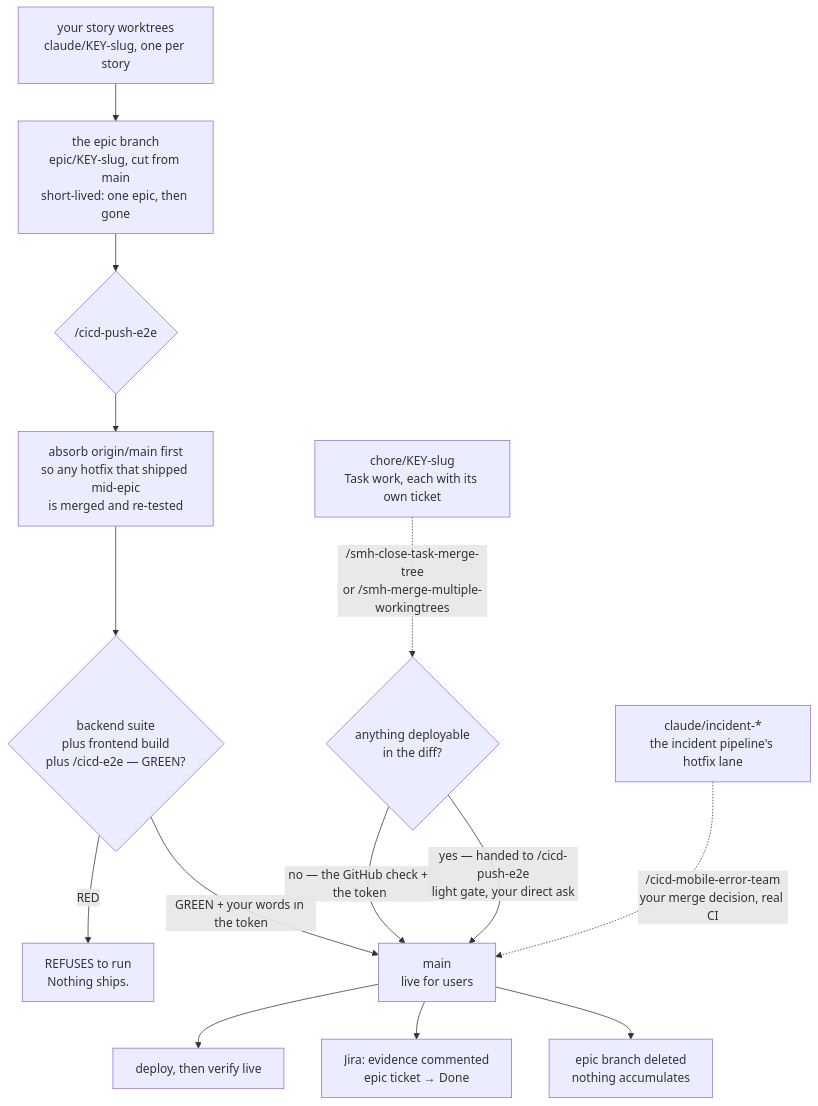
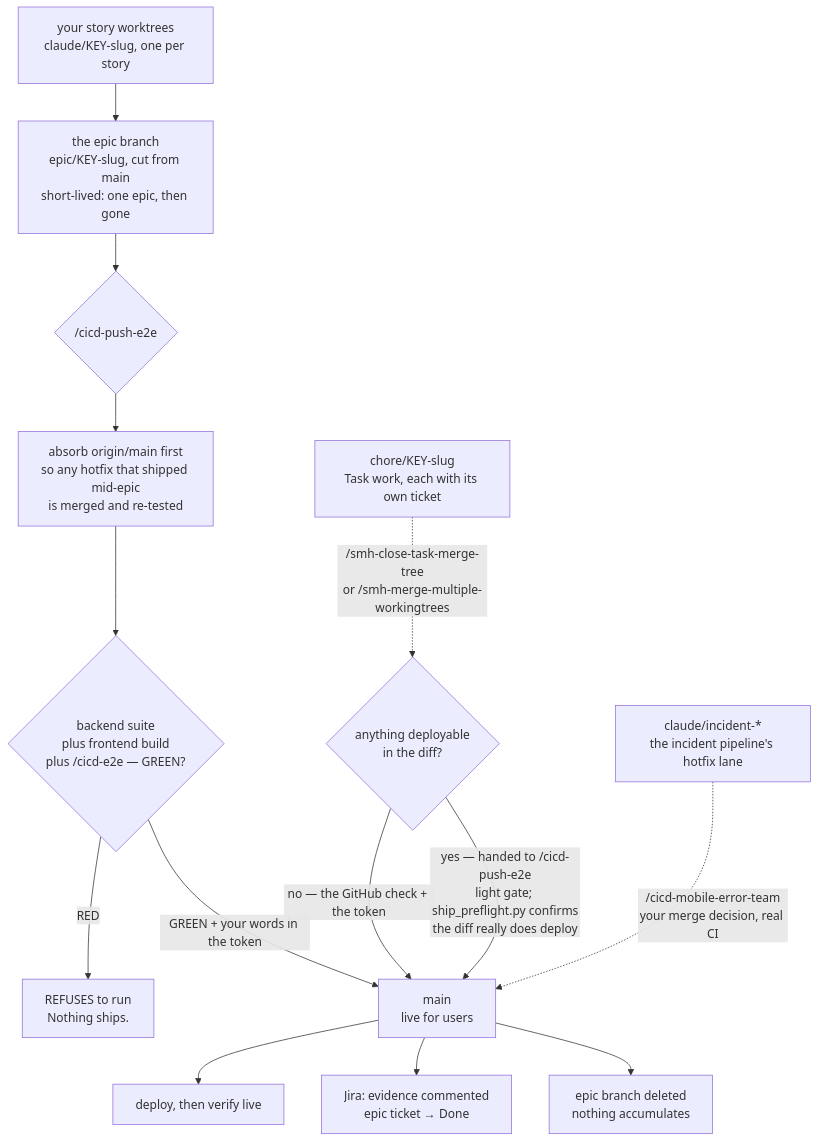
One commit to sudomadhatter/Sudo_Hatter_Command changed the sixth of 45 diagrams in docs/_scc_sops_prds/workflows_testing_SOP.md. Above: the diagram before and after it, drawn with Mermaid. The commit also changed other lines of this file and 9 other files, not shown here.

````diff
--- a/docs/_scc_sops_prds/workflows_testing_SOP.md
+++ b/docs/_scc_sops_prds/workflows_testing_SOP.md
@@ -1268,16 +1289,16 @@
 ```mermaid
 flowchart TD
     DEV["your story worktrees\nclaude/KEY-slug, one per story"] --> EPIC["the epic branch\nepic/KEY-slug, cut from main\nshort-lived: one epic, then gone"]
     EPIC --> SHIP{"/cicd-push-e2e"}
     SHIP --> SYNC["absorb origin/main first\nso any hotfix that shipped mid-epic\nis merged and re-tested"]
     SYNC --> GATE{"backend suite\nplus frontend build\nplus /cicd-e2e — GREEN?"}
     GATE -- "RED" --> STOP["REFUSES to run\nNothing ships."]
     GATE -- "GREEN + your words in the token" --> MAIN["main\nlive for users"]
     MAIN --> DEPLOY["deploy, then verify live"]
     MAIN --> TICKET["Jira: evidence commented\nepic ticket → Done"]
     MAIN --> DEL["epic branch deleted\nnothing accumulates"]
     CHORE["chore/KEY-slug\nTask work, each with its own ticket"] -.->|"/smh-close-task-merge-tree\nor /smh-merge-multiple-workingtrees"| LANE{"anything deployable\nin the diff?"}
     LANE -- "no — the GitHub check + the token" --> MAIN
-    LANE -- "yes — handed to /cicd-push-e2e\nlight gate, your direct ask" --> MAIN
+    LANE -- "yes — handed to /cicd-push-e2e\nlight gate; ship_preflight.py confirms\nthe diff really does deploy" --> MAIN
     INCID["claude/incident-*\nthe incident pipeline's hotfix lane"] -.->|"/cicd-mobile-error-team\nyour merge decision, real CI"| MAIN
 ```
````
